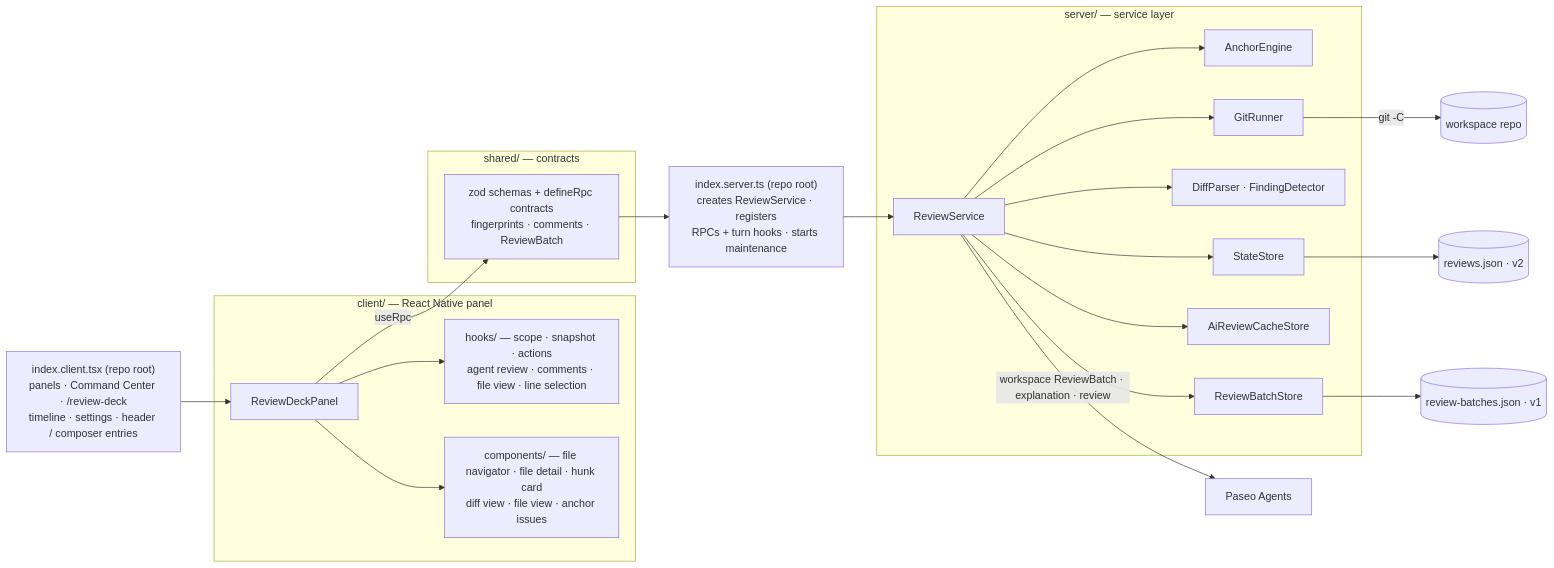
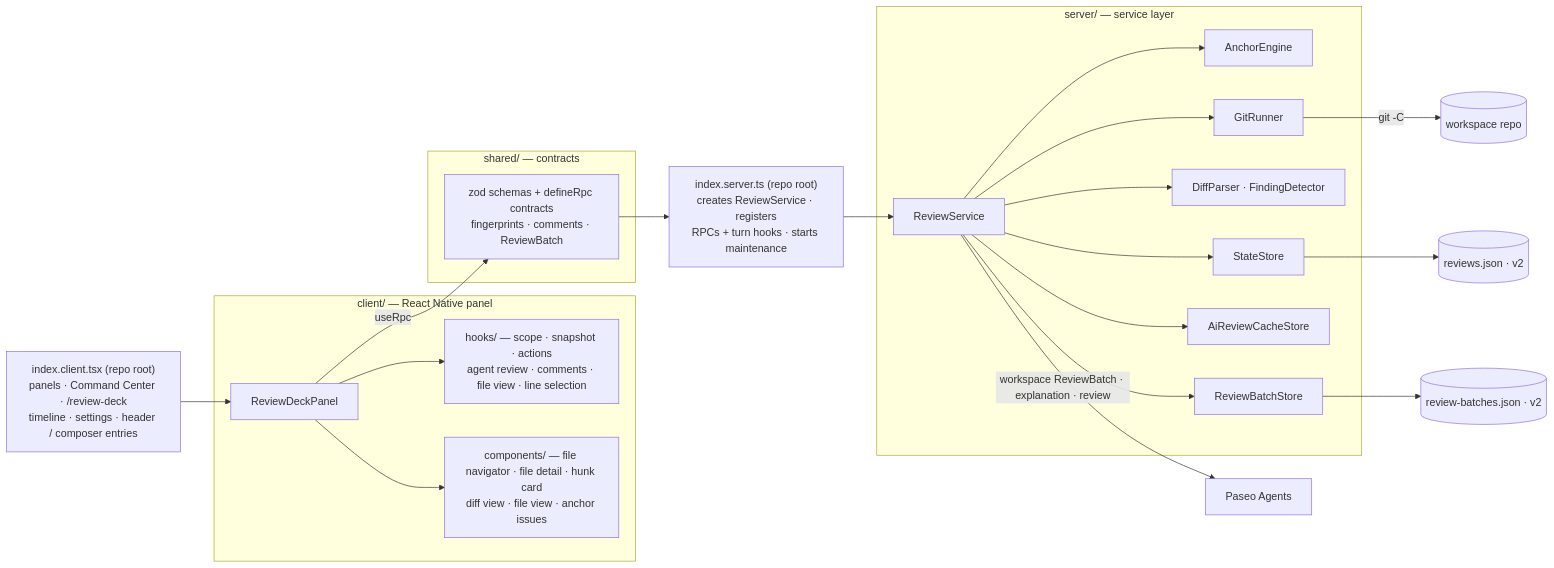
The second of 2 diagrams in README.md (mentalfl0w/review-deck), drawn with Mermaid before and after one commit. The commit also changed other lines of this file and 2 other files, not shown here.

First line of the commit message:
chore(release): bump Review Deck to 2.0.2

````diff
--- a/README.md
+++ b/README.md
@@ -61,46 +61,46 @@
 ```mermaid
 flowchart LR
     subgraph panel["client/ — React Native panel"]
         Panel["ReviewDeckPanel"]
         Hooks["hooks/ — scope · snapshot · actions<br/>agent review · comments · file view · line selection"]
         UI["components/ — file navigator · file detail · hunk card<br/>diff view · file view · anchor issues"]
         Panel --> Hooks
         Panel --> UI
     end
 
     subgraph shared["shared/ — contracts"]
         RPC["zod schemas + defineRpc contracts<br/>fingerprints · comments · ReviewBatch"]
     end
 
     subgraph server["server/ — service layer"]
         Svc["ReviewService"]
         Anchor["AnchorEngine"]
         Git["GitRunner"]
         Parse["DiffParser · FindingDetector"]
         Store["StateStore"]
         AiCache["AiReviewCacheStore"]
         BatchStore["ReviewBatchStore"]
         Svc --> Anchor
         Svc --> Git
         Svc --> Parse
         Svc --> Store
         Svc --> AiCache
         Svc --> BatchStore
     end
 
     ClientEntry["index.client.tsx (repo root)<br/>panels · Command Center · /review-deck<br/>timeline · settings · header / composer entries"]
     ServerEntry["index.server.ts (repo root)<br/>creates ReviewService · registers<br/>RPCs + turn hooks · starts maintenance"]
     Agents["Paseo Agents"]
     Repo[("workspace repo")]
     State[("reviews.json · v2")]
-    Batches[("review-batches.json · v1")]
+    Batches[("review-batches.json · v2")]
 
     BatchStore --> Batches
     ClientEntry --> Panel
     Panel -- "useRpc" --> RPC
     RPC --> ServerEntry
     ServerEntry --> Svc
     Git -- "git -C <cwd>" --> Repo
     Store --> State
     Svc -- "workspace ReviewBatch · explanation · review" --> Agents
 ```
````
